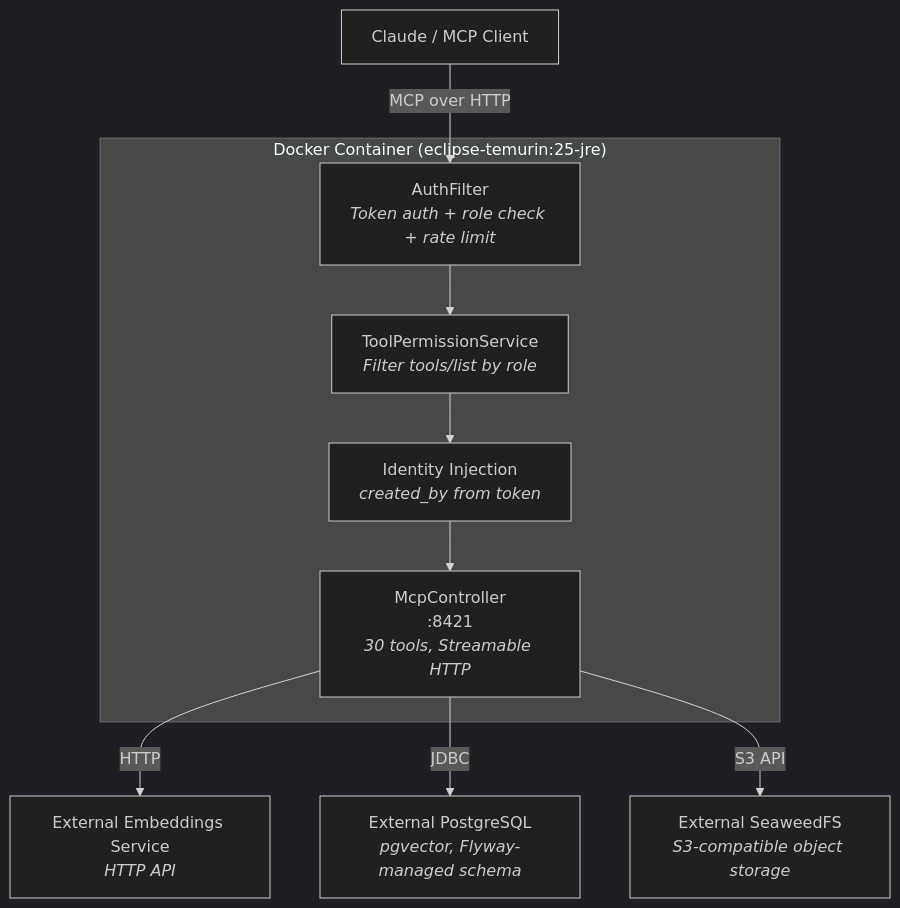
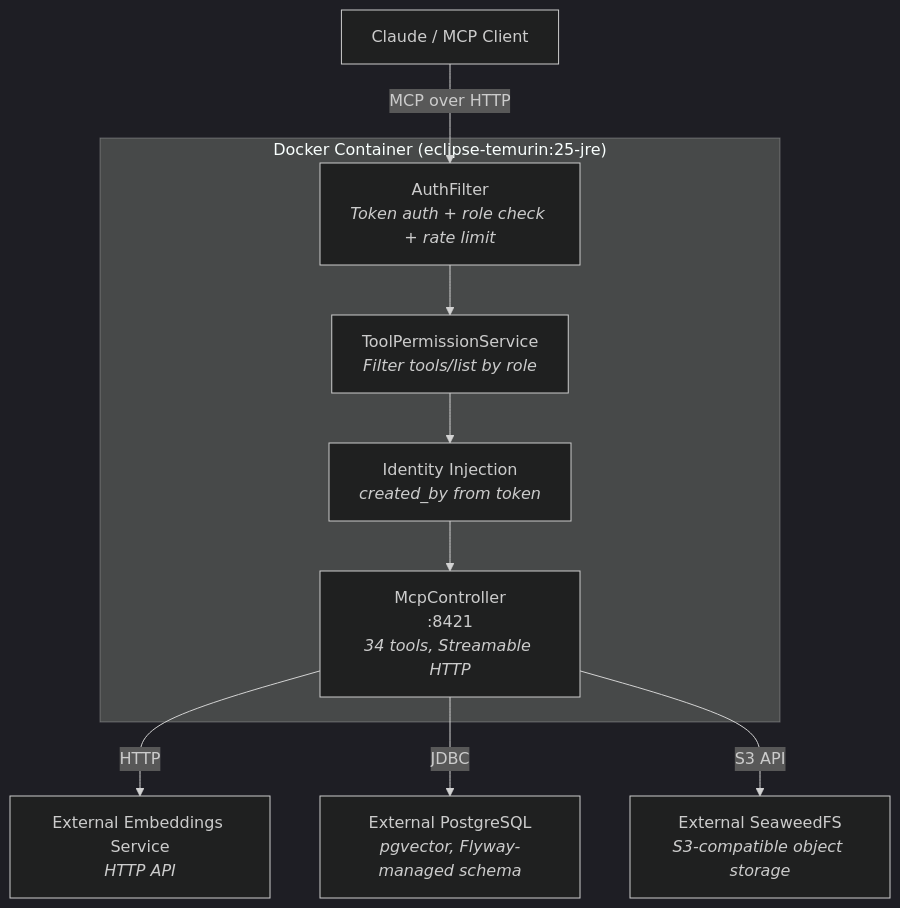
Before and after one commit to ufelmann/HiveMem: the first of 2 diagrams in documentation/architecture.md, drawn with Mermaid (dark theme).

Commit message:
docs: fix stale tool count label in architecture diagram (30→34)

````diff
--- a/documentation/architecture.md
+++ b/documentation/architecture.md
@@ -3,23 +3,23 @@
 ```mermaid
 graph TB
     Client["Claude / MCP Client"]
 
     subgraph Container["Docker Container (eclipse-temurin:25-jre)"]
         Auth["AuthFilter<br/><i>Token auth + role check + rate limit</i>"]
         ToolGate["ToolPermissionService<br/><i>Filter tools/list by role</i>"]
         Identity["Identity Injection<br/><i>created_by from token</i>"]
-        MCP["McpController<br/>:8421<br/><i>30 tools, Streamable HTTP</i>"]
+        MCP["McpController<br/>:8421<br/><i>34 tools, Streamable HTTP</i>"]
     end
 
     EmbSvc["External Embeddings Service<br/><i>HTTP API</i>"]
     PG["External PostgreSQL<br/><i>pgvector, Flyway-managed schema</i>"]
     SeaweedFS["External SeaweedFS<br/><i>S3-compatible object storage</i>"]
 
     Client -->|"MCP over HTTP"| Auth
     Auth --> ToolGate
     ToolGate --> Identity
     Identity --> MCP
     MCP -->|"HTTP"| EmbSvc
     MCP -->|"JDBC"| PG
     MCP -->|"S3 API"| SeaweedFS
 ```
````
